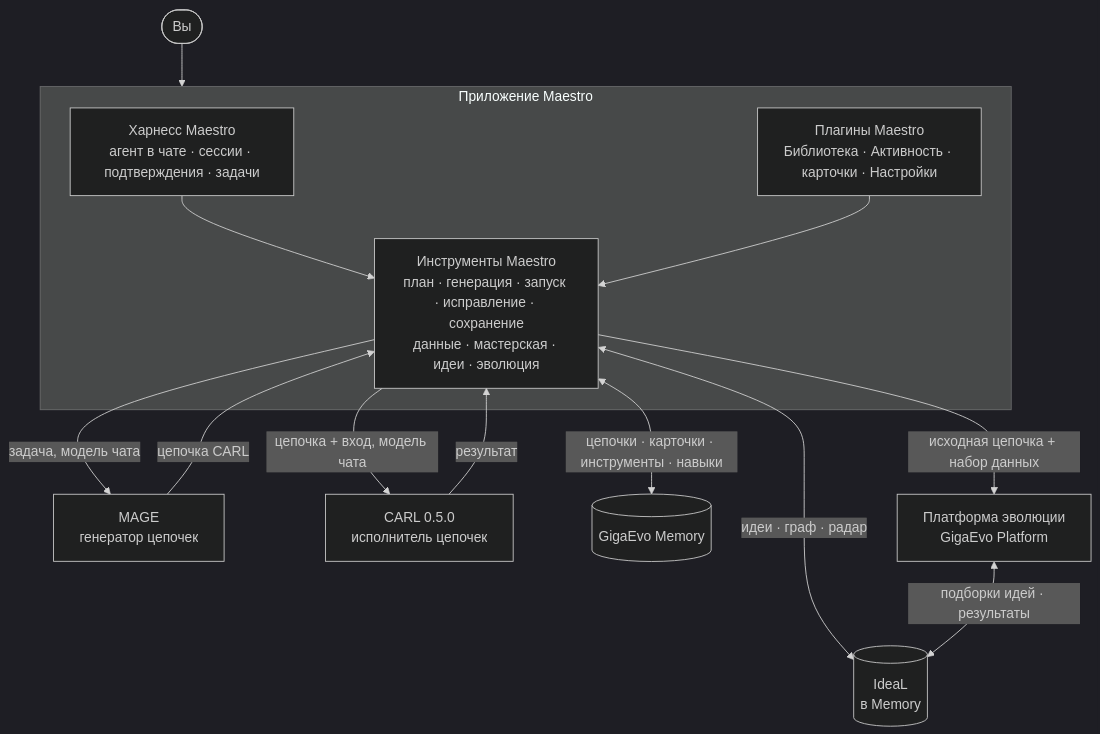
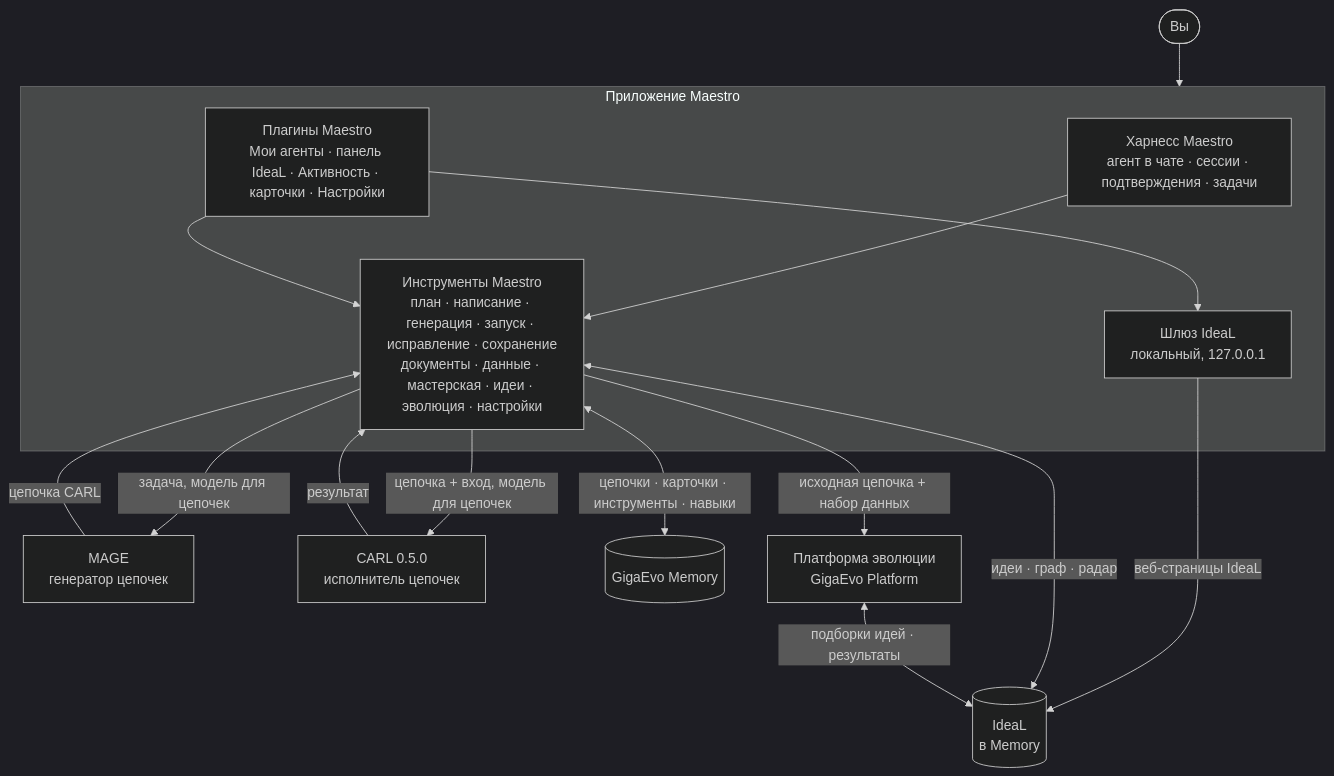
Before and after one commit to pyshka501/care-docs: the diagram in src/content/docs/ru/care/concepts/architecture.md, drawn with Mermaid (dark theme). The commit also changed other lines of this file and 37 other files, not shown here.

Commit message:
Maestro app: chat, agents, attachments, settings, IdeaL panel, evolution with judge and Pareto (EN + RU)

````diff
--- a/src/content/docs/ru/care/concepts/architecture.md
+++ b/src/content/docs/ru/care/concepts/architecture.md
@@ -11,19 +11,22 @@
 ```mermaid
 flowchart TB
     User([Вы]) --> App
     subgraph App["Приложение Maestro"]
         Harness["Харнесс Maestro<br/>агент в чате · сессии · подтверждения · задачи"]
-        Plugins["Плагины Maestro<br/>Библиотека · Активность · карточки · Настройки"]
-        Tools["Инструменты Maestro<br/>план · генерация · запуск · исправление · сохранение<br/>данные · мастерская · идеи · эволюция"]
+        Plugins["Плагины Maestro<br/>Мои агенты · панель IdeaL · Активность · карточки · Настройки"]
+        Tools["Инструменты Maestro<br/>план · написание · генерация · запуск · исправление · сохранение<br/>документы · данные · мастерская · идеи · эволюция · настройки"]
+        Gateway["Шлюз IdeaL<br/>локальный, 127.0.0.1"]
         Harness --> Tools
         Plugins --> Tools
+        Plugins --> Gateway
     end
-    Tools -->|задача, модель чата| MAGE["MAGE<br/>генератор цепочек"]
+    Gateway -->|веб-страницы IdeaL| IdeaL
+    Tools -->|задача, модель для цепочек| MAGE["MAGE<br/>генератор цепочек"]
     MAGE -->|цепочка CARL| Tools
-    Tools -->|цепочка + вход, модель чата| CARL["CARL 0.5.0<br/>исполнитель цепочек"]
+    Tools -->|цепочка + вход, модель для цепочек| CARL["CARL 0.5.0<br/>исполнитель цепочек"]
     CARL -->|результат| Tools
     Tools <-->|цепочки · карточки · инструменты · навыки| Memory[("GigaEvo Memory")]
     Tools <-->|идеи · граф · радар| IdeaL[("IdeaL<br/>в Memory")]
     Tools -->|исходная цепочка + набор данных| Platform["Платформа эволюции<br/>GigaEvo Platform"]
     Platform <-->|подборки идей · результаты| IdeaL
 ```
````
